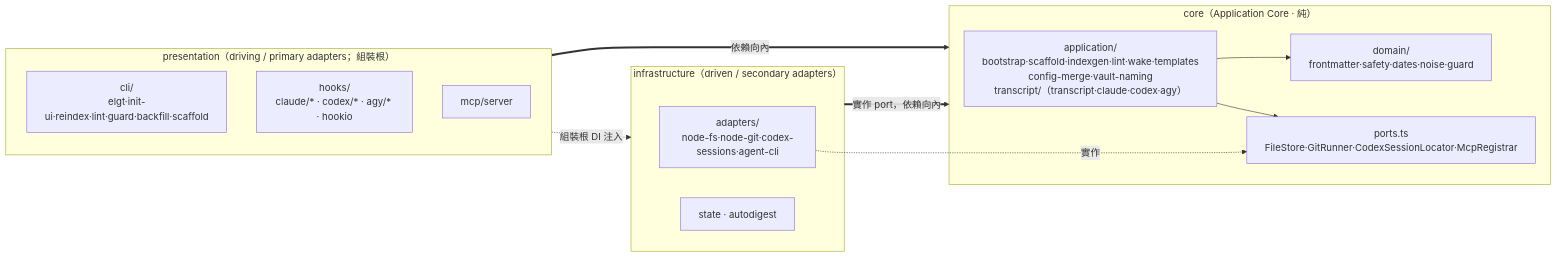
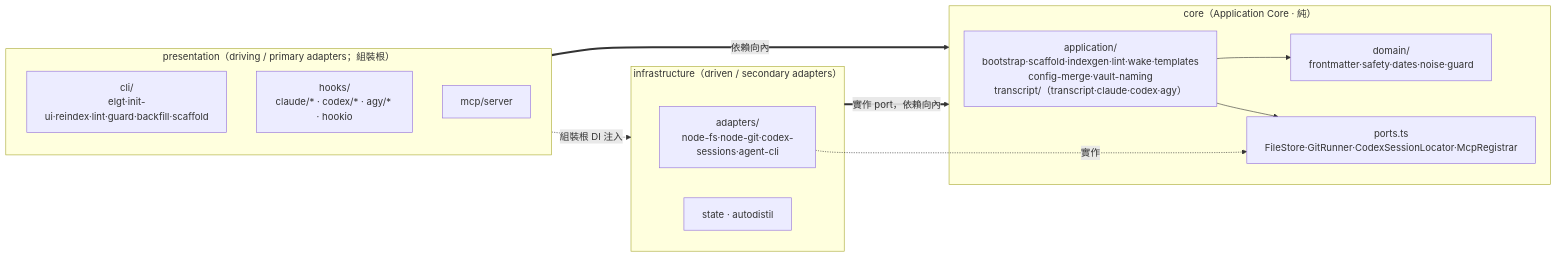
Before and after one commit to neokn/elegent: the third of 4 diagrams in docs/architecture/c4.md, drawn with Mermaid. The commit also changed other lines of this file and 55 other files, not shown here.

````diff
--- a/docs/architecture/c4.md
+++ b/docs/architecture/c4.md
@@ -75,24 +75,24 @@
 ```mermaid
 flowchart LR
     subgraph presentation["presentation（driving / primary adapters；組裝根）"]
         cliC["cli/<br/>elgt·init-ui·reindex·lint·guard·backfill·scaffold"]
         hooksC["hooks/<br/>claude/* · codex/* · agy/* · hookio"]
         mcpC["mcp/server"]
     end
     subgraph core["core（Application Core · 純）"]
         app["application/<br/>bootstrap·scaffold·indexgen·lint·wake·templates<br/>config-merge·vault-naming<br/>transcript/（transcript·claude·codex·agy）"]
         dom["domain/<br/>frontmatter·safety·dates·noise·guard"]
         ports["ports.ts<br/>FileStore·GitRunner·CodexSessionLocator·McpRegistrar"]
         app --> dom
         app --> ports
     end
     subgraph infra["infrastructure（driven / secondary adapters）"]
         ad["adapters/<br/>node-fs·node-git·codex-sessions·agent-cli"]
-        helpers["state · autodigest"]
+        helpers["state · autodistil"]
     end
 
     presentation ==>|依賴向內| core
     infra ==>|實作 port，依賴向內| core
     ad -.實作.-> ports
     presentation -.組裝根 DI 注入.-> infra
 ```
````
